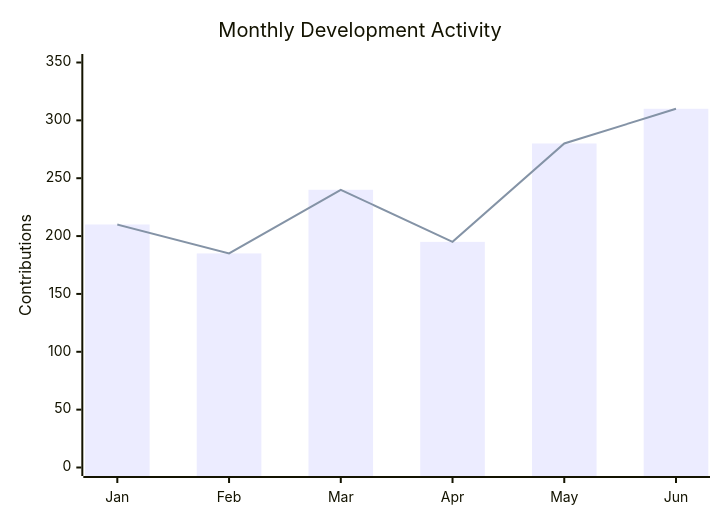
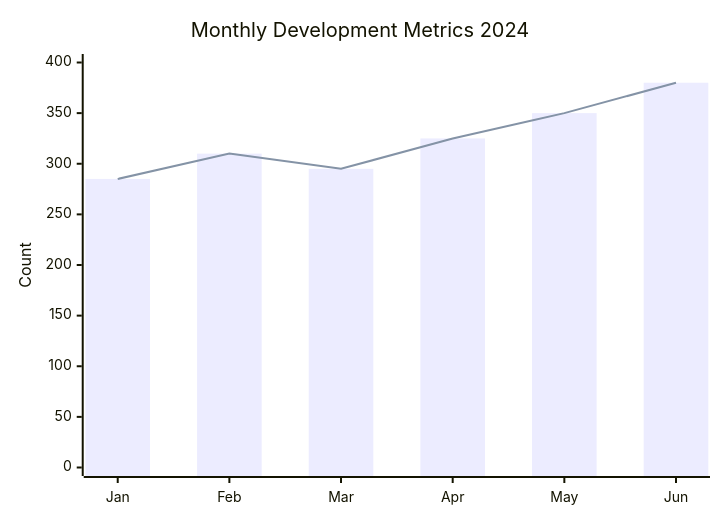
One commit to mentech93/mentech93 changed the third of 19 diagrams in README.md. Above: the diagram before and after it, drawn with Mermaid. The commit also changed other lines of this file, not shown here.

````diff
--- a/README.md
+++ b/README.md
@@ -119,8 +163,8 @@
 ```mermaid
 xychart-beta
-    title "Monthly Development Activity"
+    title "Monthly Development Metrics 2024"
     x-axis ["Jan", "Feb", "Mar", "Apr", "May", "Jun"]
-    y-axis "Contributions" 0 --> 350
-    bar [210, 185, 240, 195, 280, 310]
-    line [210, 185, 240, 195, 280, 310]
+    y-axis "Count" 0 --> 400
+    bar [285, 310, 295, 325, 350, 380]
+    line [285, 310, 295, 325, 350, 380]
 ```
````
